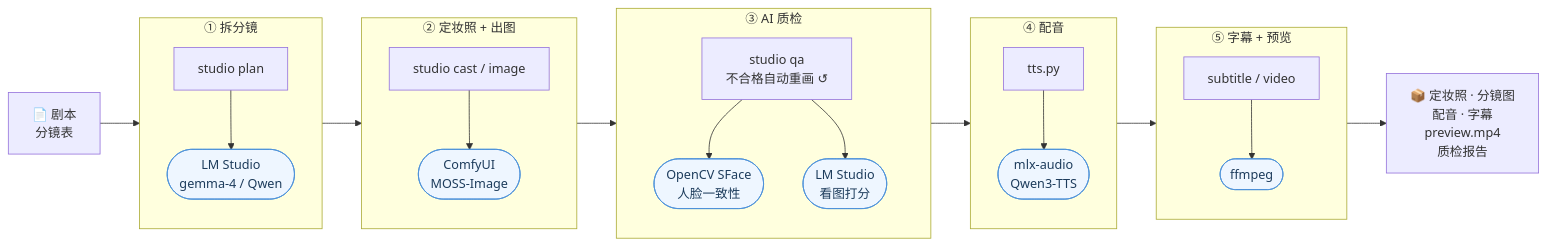
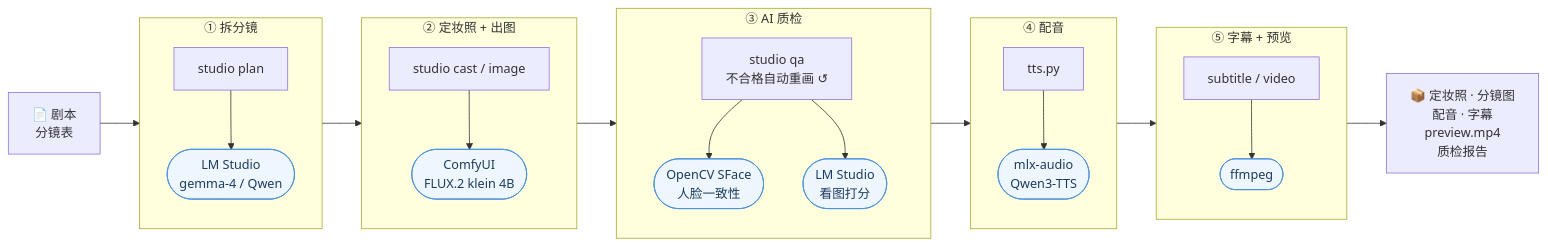
One commit to lvzhiyi/ai-tools changed the first of 2 diagrams in README.md. Above: the diagram before and after it, drawn with Mermaid. The commit also changed other lines of this file and 12 other files, not shown here.

````diff
--- a/README.md
+++ b/README.md
@@ -26,33 +38,33 @@
 ```mermaid
 flowchart LR
     IN["📄 剧本<br/>分镜表"]
 
     subgraph S1["① 拆分镜"]
         direction TB
         a1["studio plan"] --> e1(["LM Studio<br/>gemma-4 / Qwen"])
     end
     subgraph S2["② 定妆照 + 出图"]
         direction TB
-        a2["studio cast / image"] --> e2(["ComfyUI<br/>MOSS-Image"])
+        a2["studio cast / image"] --> e2(["ComfyUI<br/>FLUX.2 klein 4B"])
     end
     subgraph S3["③ AI 质检"]
         direction TB
         a3["studio qa<br/>不合格自动重画 ↺"] --> e3(["OpenCV SFace<br/>人脸一致性"])
         a3 --> e3b(["LM Studio<br/>看图打分"])
     end
     subgraph S4["④ 配音"]
         direction TB
         a4["tts.py"] --> e4(["mlx-audio<br/>Qwen3-TTS"])
     end
     subgraph S5["⑤ 字幕 + 预览"]
         direction TB
         a5["subtitle / video"] --> e5(["ffmpeg"])
     end
 
     OUT["📦 定妆照 · 分镜图<br/>配音 · 字幕<br/>preview.mp4<br/>质检报告"]
 
     IN --> S1 --> S2 --> S3 --> S4 --> S5 --> OUT
 
     classDef engine fill:#eef6ff,stroke:#4a90d9,color:#1d3c5c
     class e1,e2,e3,e3b,e4,e5 engine
 ```
````
